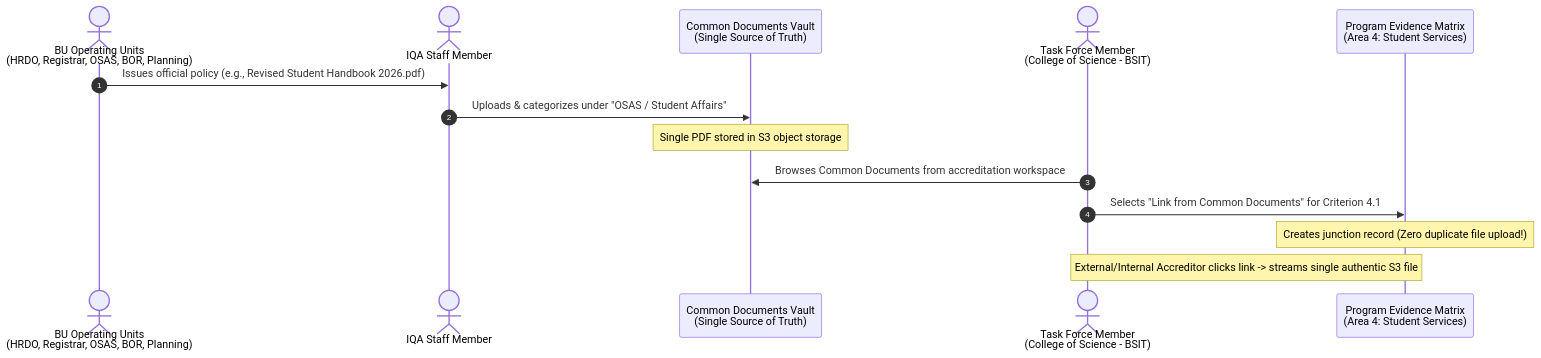
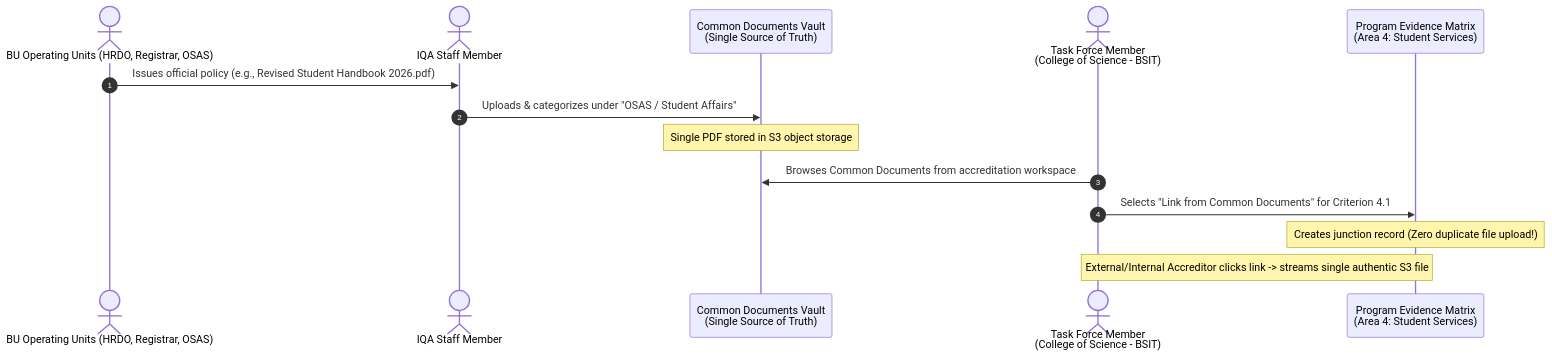
Before and after one commit to CCVillanueva02/iqarchive-capstone-figma: the second of 6 diagrams in v2/docs/MODULES.md, drawn with Mermaid. The commit also changed other lines of this file and 3 other files, not shown here.

````diff
--- a/v2/docs/MODULES.md
+++ b/v2/docs/MODULES.md
@@ -169,19 +169,19 @@
 ```mermaid
 sequenceDiagram
     autonumber
-    actor Office as BU Operating Units<br/>(HRDO, Registrar, OSAS, BOR, Planning)
+    actor Office as BU Operating Units (HRDO, Registrar, OSAS)
     actor IQA as IQA Staff Member
     participant CD as Common Documents Vault<br/>(Single Source of Truth)
     actor TF as Task Force Member<br/>(College of Science - BSIT)
     participant ProgramDoc as Program Evidence Matrix<br/>(Area 4: Student Services)
 
     Office->>IQA: Issues official policy (e.g., Revised Student Handbook 2026.pdf)
     IQA->>CD: Uploads & categorizes under "OSAS / Student Affairs"
     Note over CD: Single PDF stored in S3 object storage
     
     TF->>CD: Browses Common Documents from accreditation workspace
     TF->>ProgramDoc: Selects "Link from Common Documents" for Criterion 4.1
     Note over ProgramDoc: Creates junction record (Zero duplicate file upload!)
     
     Note over TF,ProgramDoc: External/Internal Accreditor clicks link -> streams single authentic S3 file
 ```
````
